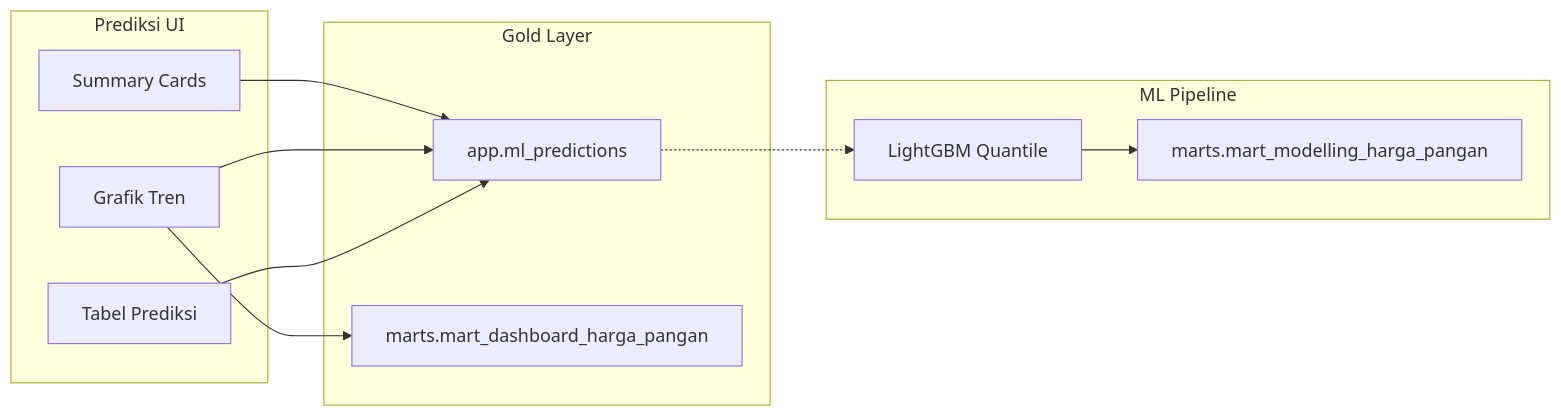
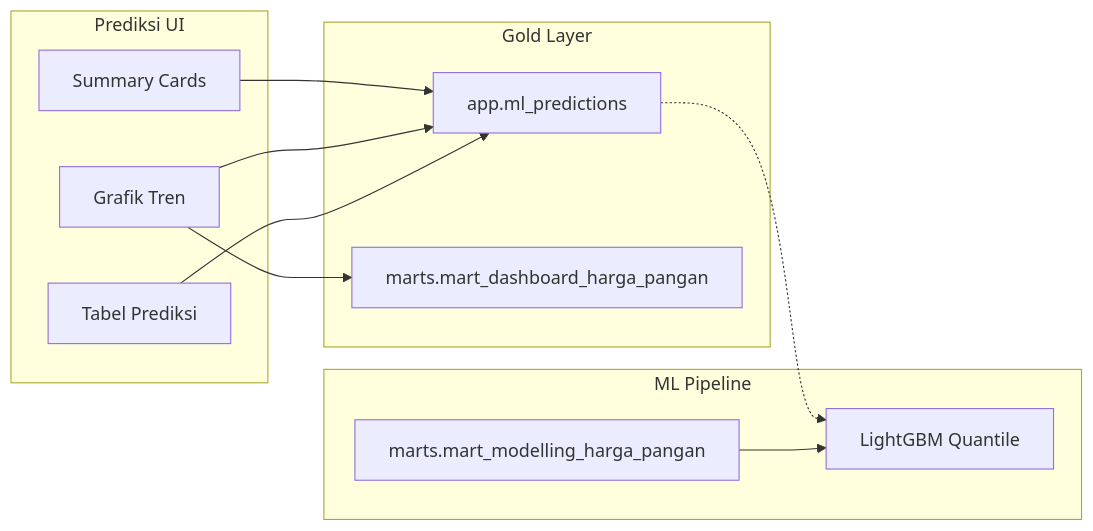
The fifth of 5 diagrams in docs/erd/ERD.md (RayhanLup1n/bi-hackathon-group-1), drawn with Mermaid before and after one commit. The commit also changed 3 other files, not shown here.

````diff
--- a/docs/erd/ERD.md
+++ b/docs/erd/ERD.md
@@ -451,26 +451,26 @@
 ```mermaid
 flowchart LR
     subgraph UI ["Prediksi UI"]
         P1[Summary Cards]
         P2[Grafik Tren]
         P3[Tabel Prediksi]
     end
 
     subgraph Gold ["Gold Layer"]
         G1[app.ml_predictions]
         G2[marts.mart_dashboard_harga_pangan]
     end
 
     subgraph ML ["ML Pipeline"]
         M1["LightGBM Quantile"]
         M2[marts.mart_modelling_harga_pangan]
     end
 
     P1 --> G1
     P2 --> G1
     P2 --> G2
     P3 --> G1
 
     G1 -.-> M1
-    M1 --> M2
+    M2 --> M1
 ```
````
